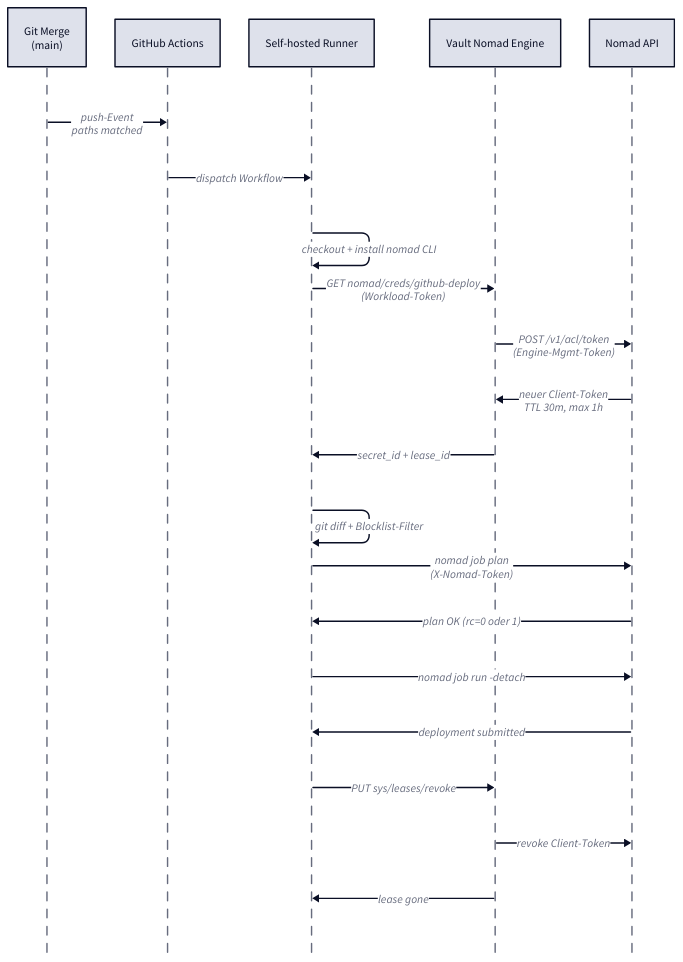
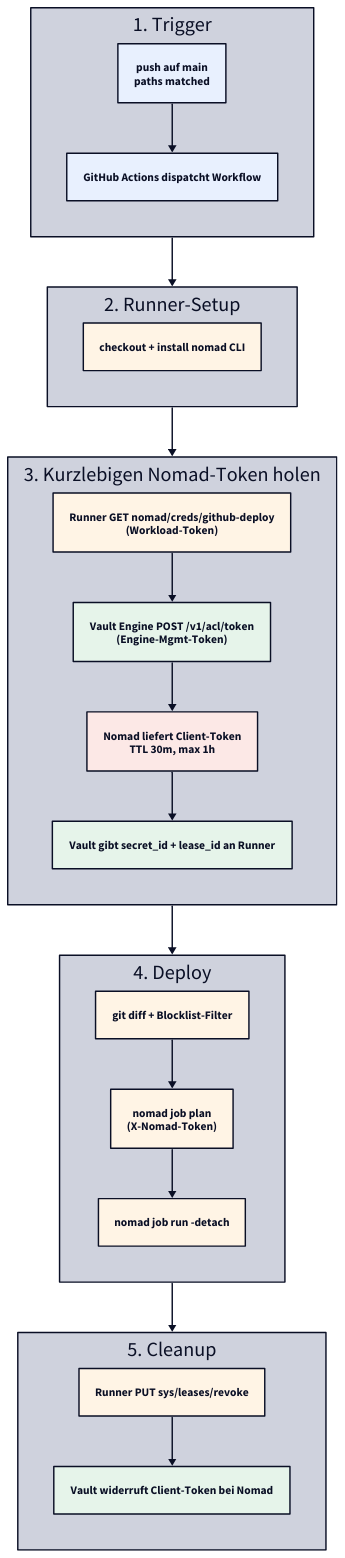
Before and after one commit to derever-labs/homelab-wiki: the second of 2 diagrams in docs/github-runner/referenz.md, drawn with D2. The commit also changed other lines of this file and 3 other files, not shown here.

Commit message:
refactor(diagrams): Sequence-Diagramme auf ELK-Classes umstellen

````diff
--- a/docs/github-runner/referenz.md
+++ b/docs/github-runner/referenz.md
@@ -120,32 +120,50 @@
 ```d2
 vars: {
   d2-config: {
     theme-id: 1
     layout-engine: elk
   }
 }
 
-shape: sequence_diagram
+direction: down
 
-merge: Git Merge\n(main)
-gh: GitHub Actions
-runner: Self-hosted Runner
-vault: Vault Nomad Engine
-nomad: Nomad API
+classes: {
+  gh: { style.fill: "#e8f0fe" }
+  runner: { style.fill: "#fff4e5" }
+  vault: { style.fill: "#e6f4ea" }
+  nomad: { style.fill: "#fce8e6" }
+}
 
-merge -> gh: "push-Event\npaths matched"
-gh -> runner: "dispatch Workflow"
-runner -> runner: "checkout + install nomad CLI"
-runner -> vault: "GET nomad/creds/github-deploy\n(Workload-Token)"
-vault -> nomad: "POST /v1/acl/token\n(Engine-Mgmt-Token)"
-nomad -> vault: "neuer Client-Token\nTTL 30m, max 1h"
-vault -> runner: "secret_id + lease_id"
-runner -> runner: "git diff + Blocklist-Filter"
-runner -> nomad: "nomad job plan\n(X-Nomad-Token)"
-nomad -> runner: "plan OK (rc=0 oder 1)"
-runner -> nomad: "nomad job run -detach"
-nomad -> runner: "deployment submitted"
-runner -> vault: "PUT sys/leases/revoke"
-vault -> nomad: "revoke Client-Token"
-vault -> runner: "lease gone"
+trigger: 1. Trigger {
+  push: "push auf main\npaths matched" { class: gh }
+  dispatch: "GitHub Actions dispatcht Workflow" { class: gh }
+  push -> dispatch
+}
+
+setup: 2. Runner-Setup {
+  prep: "checkout + install nomad CLI" { class: runner }
+}
+
+token: 3. Kurzlebigen Nomad-Token holen {
+  req: "Runner GET nomad/creds/github-deploy\n(Workload-Token)" { class: runner }
+  engine: "Vault Engine POST /v1/acl/token\n(Engine-Mgmt-Token)" { class: vault }
+  issue: "Nomad liefert Client-Token\nTTL 30m, max 1h" { class: nomad }
+  deliver: "Vault gibt secret_id + lease_id an Runner" { class: vault }
+  req -> engine -> issue -> deliver
+}
+
+deploy: 4. Deploy {
+  diff: "git diff + Blocklist-Filter" { class: runner }
+  plan: "nomad job plan\n(X-Nomad-Token)" { class: runner }
+  run: "nomad job run -detach" { class: runner }
+  diff -> plan -> run
+}
+
+cleanup: 5. Cleanup {
+  revoke: "Runner PUT sys/leases/revoke" { class: runner }
+  engine: "Vault widerruft Client-Token bei Nomad" { class: vault }
+  revoke -> engine
+}
+
+trigger -> setup -> token -> deploy -> cleanup
 ```
````
